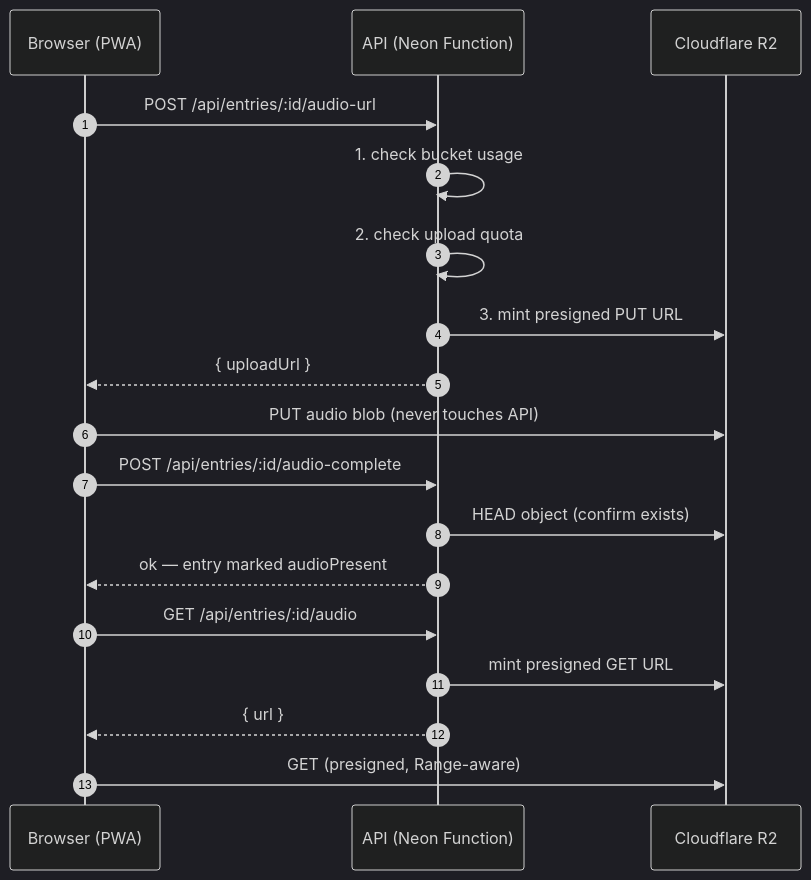
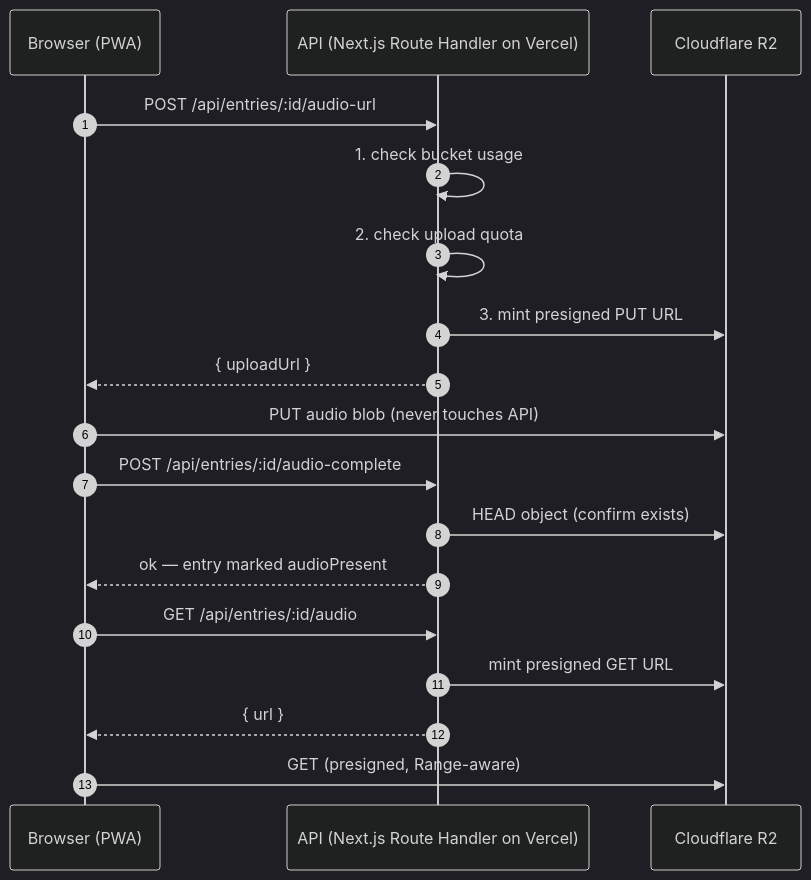
Before and after one commit to imsudip/willow: the diagram in docs/audio-storage-r2.md, drawn with Mermaid (dark theme). The commit also changed other lines of this file and 120 other files, not shown here.

First line of the commit message:
feat: migrate to Next.js (merge Hono API + Vite PWA into one app) (#3)

````diff
--- a/docs/audio-storage-r2.md
+++ b/docs/audio-storage-r2.md
@@ -19,23 +20,23 @@
 ```mermaid
 sequenceDiagram
     autonumber
     participant C as Browser (PWA)
-    participant A as API (Neon Function)
+    participant A as API (Next.js Route Handler on Vercel)
     participant R as Cloudflare R2
 
     C->>A: POST /api/entries/:id/audio-url
     A->>A: 1. check bucket usage
     A->>A: 2. check upload quota
     A->>R: 3. mint presigned PUT URL
     A-->>C: { uploadUrl }
 
     C->>R: PUT audio blob (never touches API)
     C->>A: POST /api/entries/:id/audio-complete
     A->>R: HEAD object (confirm exists)
     A-->>C: ok — entry marked audioPresent
 
     C->>A: GET /api/entries/:id/audio
     A->>R: mint presigned GET URL
     A-->>C: { url }
     C->>R: GET (presigned, Range-aware)
 ```
````
